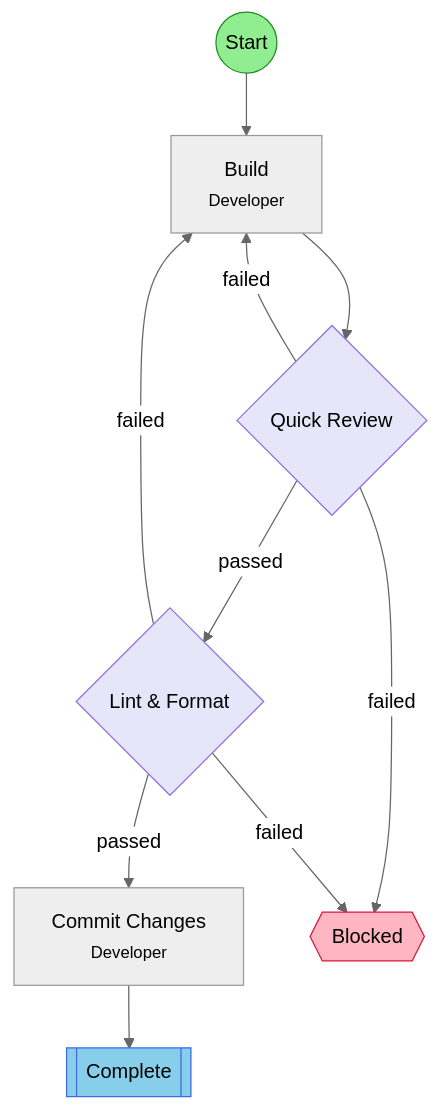
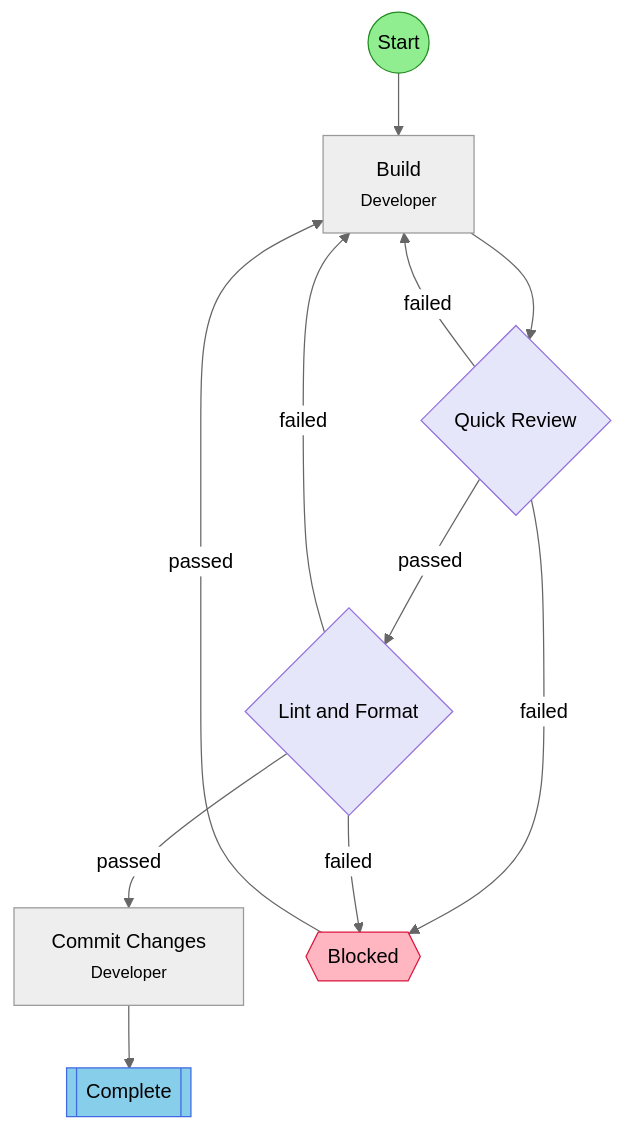
One commit to leclabs/agent-toolkit changed the diagram in .flow/diagrams/build-review-quick.md. Above: the diagram before and after it, drawn with Mermaid (neutral theme). The commit also changed other lines of this file and 23 other files, not shown here.

First line of the commit message:
feat: enrich fork responses with per-branch step info for parallel task sets

````diff
--- a/.flow/diagrams/build-review-quick.md
+++ b/.flow/diagrams/build-review-quick.md
@@ -7,30 +7,32 @@
 ```mermaid
 flowchart TD
     start(("Start"))
     build["Build<br/><small>Developer</small>"]
     review{"Quick Review"}
-    lint_format{"Lint & Format"}
+    lint_format{"Lint and Format"}
     commit["Commit Changes<br/><small>Developer</small>"]
     end_success[["Complete"]]
     hitl_blocked{{"Blocked"}}
 
     start --> build
     build --> review
     review -->|failed| build
     review -->|failed| hitl_blocked
     review -->|passed| lint_format
     lint_format -->|passed| commit
     lint_format -->|failed| build
     lint_format -->|failed| hitl_blocked
     commit --> end_success
+    hitl_blocked -->|passed| build
 
     classDef startStep fill:#90EE90,stroke:#228B22
     classDef successStep fill:#87CEEB,stroke:#4169E1
     classDef hitlStep fill:#FFB6C1,stroke:#DC143C
     classDef gateStep fill:#E6E6FA,stroke:#9370DB
+    classDef forkJoinStep fill:#FFEAA7,stroke:#FDCB6E
     classDef currentStep fill:#FFD700,stroke:#FF8C00,stroke-width:3px
     class start startStep
     class end_success successStep
     class hitl_blocked hitlStep
     class review,lint_format gateStep
 ```
````
